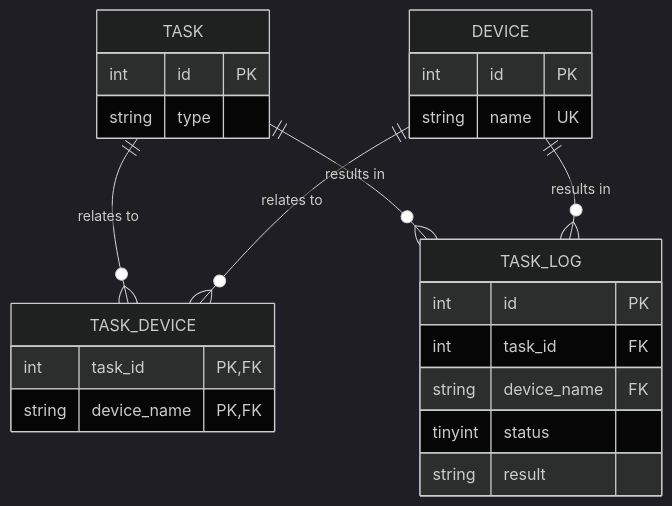
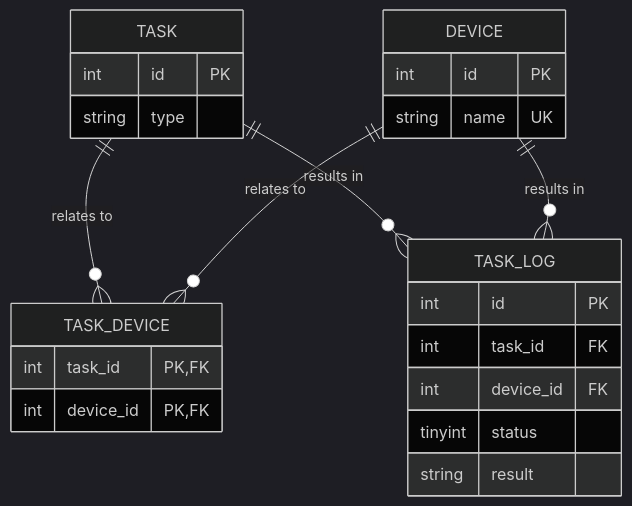
The diagram in posts/int-auto-inc-pk-reaching-the-limit/README.md (Octobug/blog), drawn with Mermaid (dark theme) before and after one commit. The commit also changed other lines of this file, not shown here.

````diff
--- a/posts/int-auto-inc-pk-reaching-the-limit/README.md
+++ b/posts/int-auto-inc-pk-reaching-the-limit/README.md
@@ -40,30 +72,30 @@
 ```mermaid
 erDiagram
   TASK {
     int id PK
     string type
   }
 
   DEVICE {
     int id PK
     string name UK
   }
 
   TASK_DEVICE {
     int task_id PK, FK
-    string device_name PK, FK
+    int device_id PK, FK
   }
 
   TASK_LOG {
     int id PK
     int task_id FK
-    string device_name FK
+    int device_id FK
     tinyint status
     string result
   }
 
   TASK ||--o{ TASK_DEVICE : "relates to"
   TASK ||--o{ TASK_LOG : "results in"
   DEVICE ||--o{ TASK_DEVICE : "relates to"
   DEVICE ||--o{ TASK_LOG : "results in"
 ```
````
